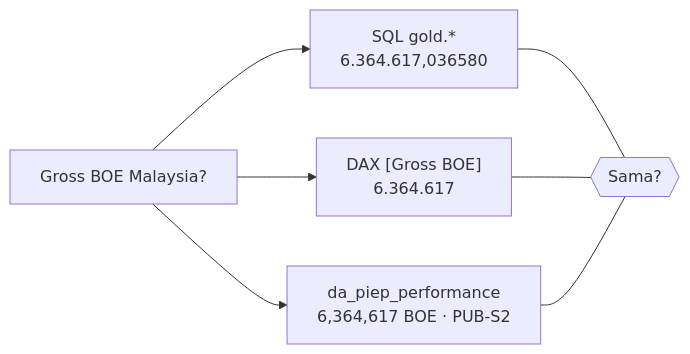
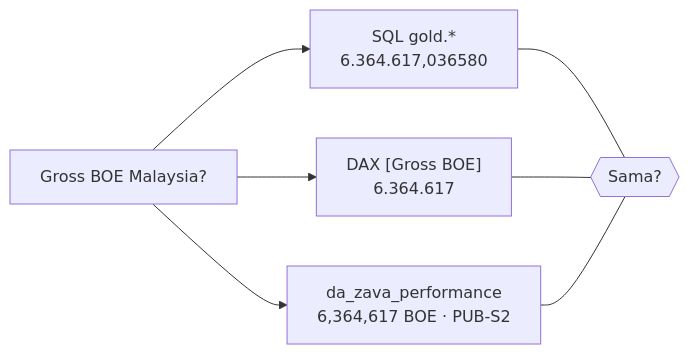
One commit to edhotp/Microsoft-Fabric-with-PPDM-Demo changed the second of 2 diagrams in demo tutorial/tutorial/13-ssot-proof-failure-drill.md. Above: the diagram before and after it, drawn with Mermaid. The commit also changed other lines of this file and 67 other files, not shown here.

First line of the commit message:
Rebrand demo from PIEP to Zava Energy

````diff
--- a/demo tutorial/tutorial/13-ssot-proof-failure-drill.md
+++ b/demo tutorial/tutorial/13-ssot-proof-failure-drill.md
@@ -148,9 +148,9 @@
 ```mermaid
 flowchart LR
     Q["Gross BOE Malaysia?"] --> SQL["SQL gold.*<br/>6.364.617,036580"]
     Q --> DAX["DAX [Gross BOE]<br/>6.364.617"]
-    Q --> AG["da_piep_performance<br/>6,364,617 BOE · PUB-S2"]
+    Q --> AG["da_zava_performance<br/>6,364,617 BOE · PUB-S2"]
     SQL --- C{{Sama?}}
     DAX --- C
     AG --- C
 ```
````
